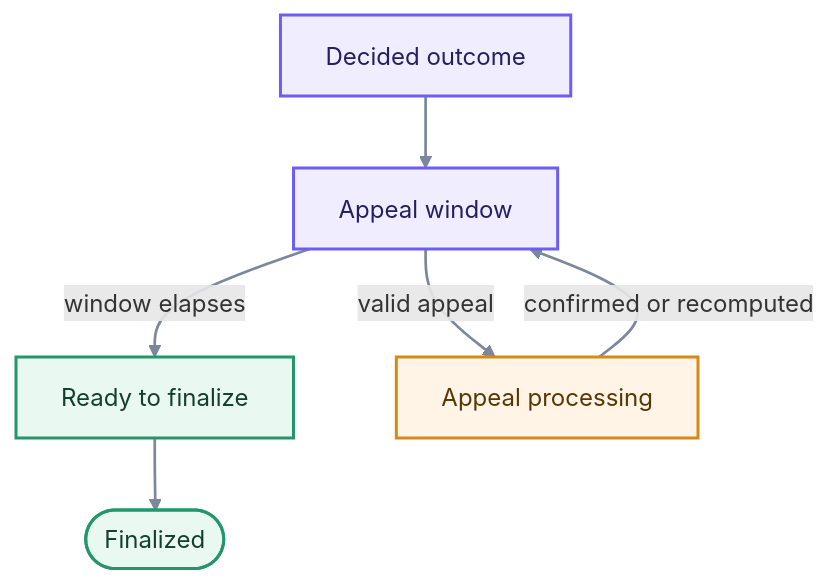
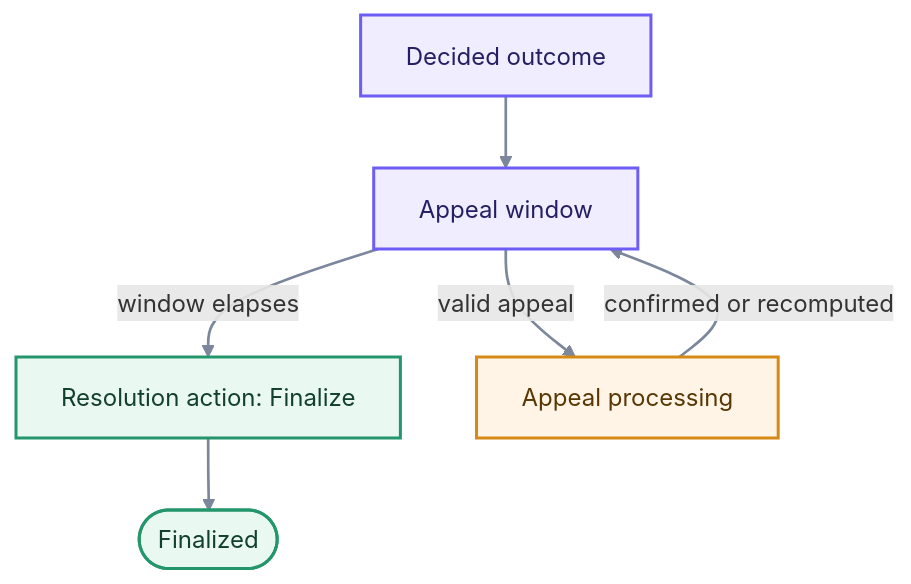
One commit to genlayerlabs/genlayer-docs changed the diagram in pages/understand-genlayer-protocol/core-concepts/optimistic-democracy/finality.mdx. Above: the diagram before and after it, drawn with Mermaid. The commit also changed other lines of this file and 53 other files, not shown here.

````diff
--- a/pages/understand-genlayer-protocol/core-concepts/optimistic-democracy/finality.mdx
+++ b/pages/understand-genlayer-protocol/core-concepts/optimistic-democracy/finality.mdx
@@ -11,16 +11,16 @@
 ```mermaid
 %%{init: {"flowchart": {"curve": "basis", "nodeSpacing": 42, "rankSpacing": 48, "htmlLabels": true}}}%%
 flowchart TB
     D["Decided outcome"] --> W["Appeal window"]
-    W -->|"window elapses"| R["Ready to finalize"] --> F(["Finalized"])
+    W -->|"window elapses"| R["Resolution action: Finalize"] --> F(["Finalized"])
     W -->|"valid appeal"| A["Appeal processing"]
     A -->|"confirmed or recomputed"| W
 
     classDef phase fill:#EFEDFF,stroke:#6D5DF5,color:#251E63,stroke-width:2px;
     classDef challenge fill:#FFF4E5,stroke:#D58A16,color:#583705,stroke-width:2px;
     classDef success fill:#E9F8F0,stroke:#23966B,color:#123F30,stroke-width:2px;
     class D,W phase;
     class A challenge;
     class R,F success;
     linkStyle default stroke:#7C879C,stroke-width:1.8px;
 ```
````
